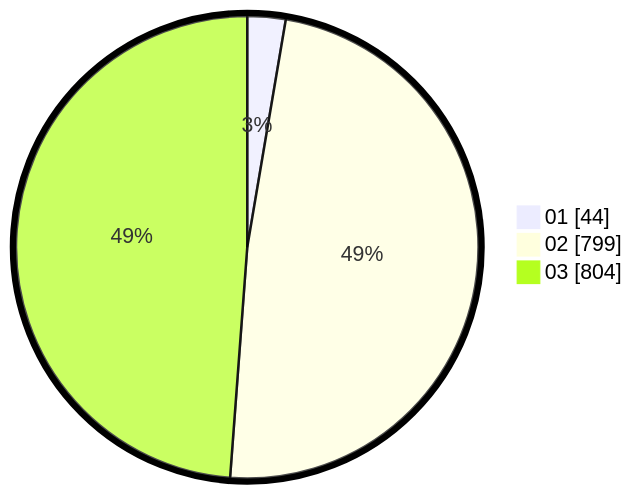
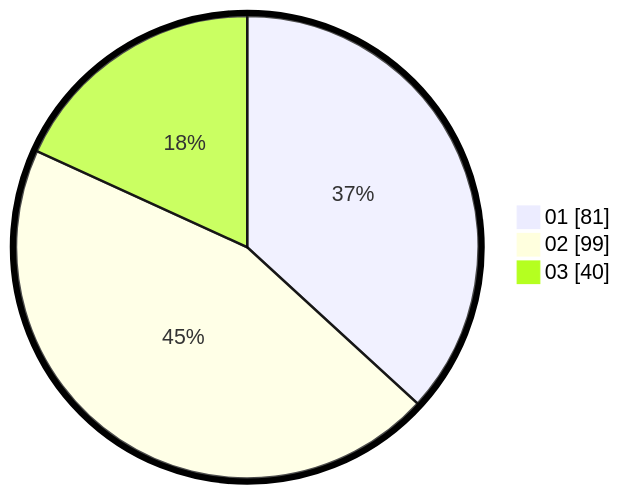
One commit to gigit-pemilu/pemilu-2024 changed the diagram in 31-dki_jakarta/75-jakarta_timur/09-ciracas/1001-ciracas/087-tps/README.md. Above: the diagram before and after it, drawn with Mermaid. The commit also changed other lines of this file and 21198 other files, not shown here.

````diff
--- a/31-dki_jakarta/75-jakarta_timur/09-ciracas/1001-ciracas/087-tps/README.md
+++ b/31-dki_jakarta/75-jakarta_timur/09-ciracas/1001-ciracas/087-tps/README.md
@@ -13,7 +13,7 @@
 ```mermaid
 %%{init: {"pie": {"textPosition": 0.5}, "themeVariables": {"pieOuterStrokeWidth": "5px"}} }%%
 pie showData
-    "01" : 44
-    "02" : 799
-    "03" : 804
+    "01" : 81
+    "02" : 99
+    "03" : 40
 ```
````
